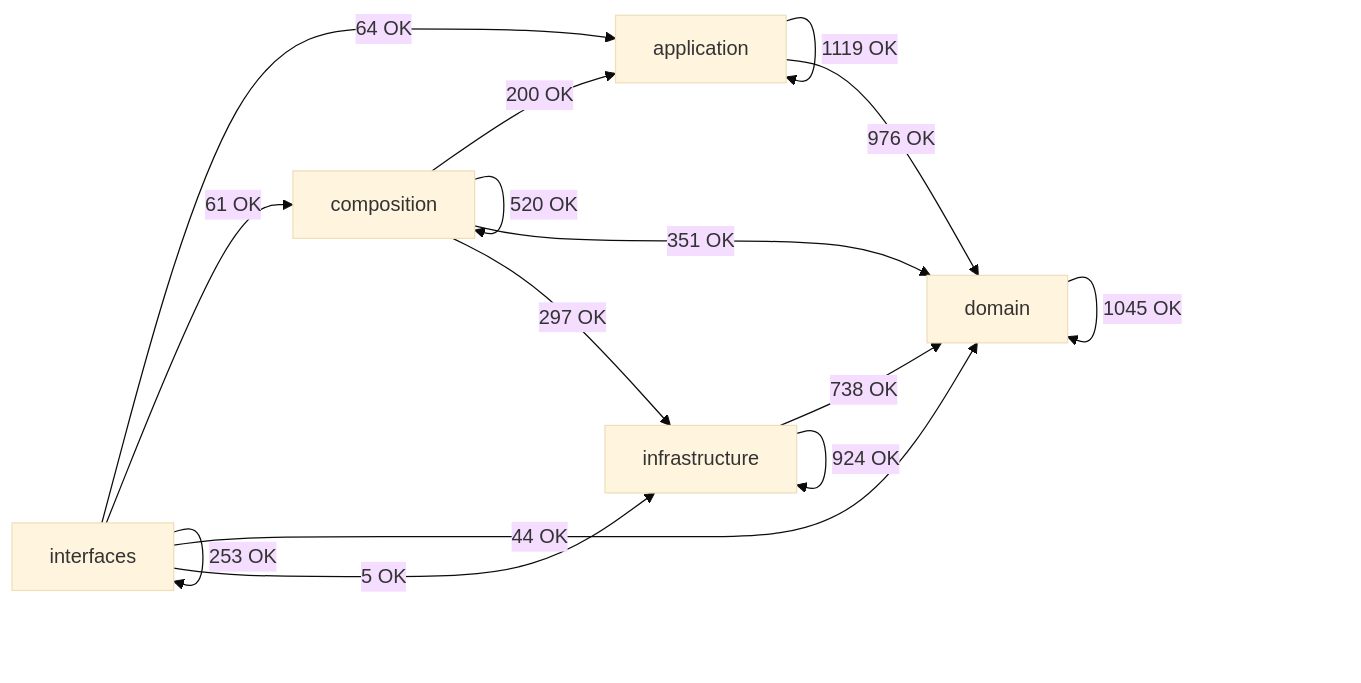
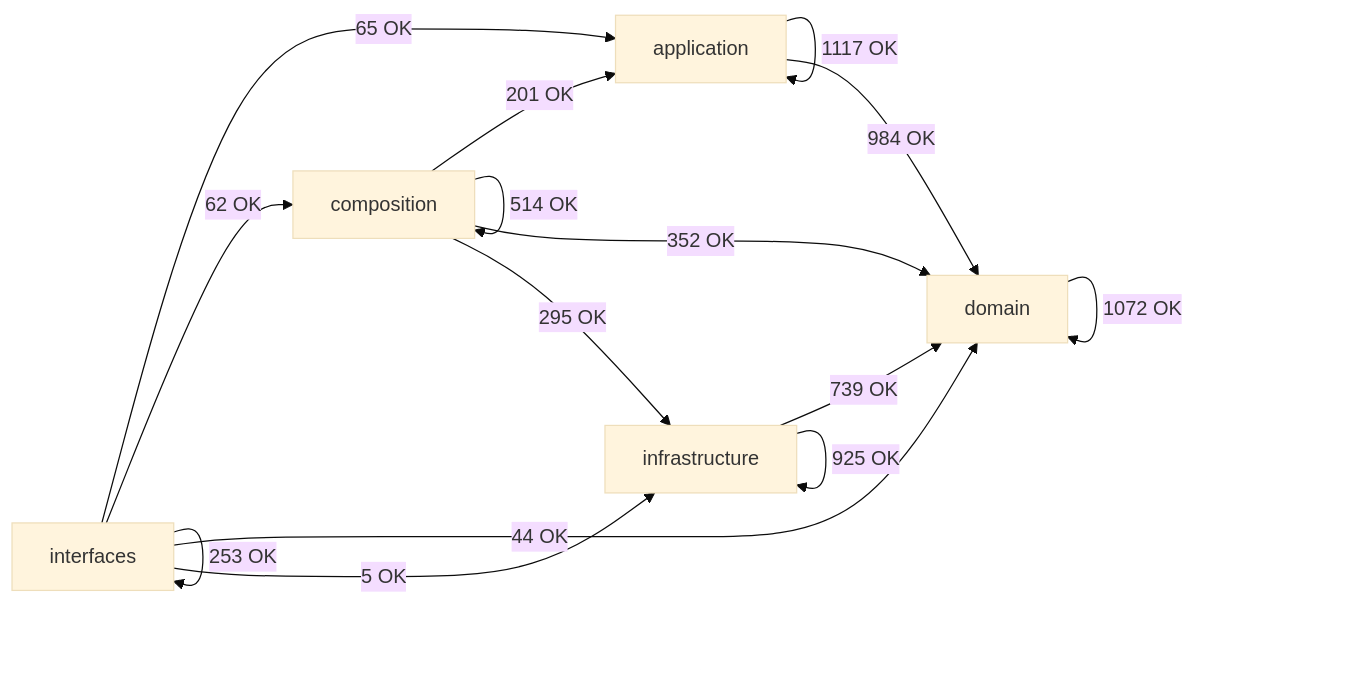
Before and after one commit to SatoryKono/BioactivityDataAcquisition: the diagram in docs/02-architecture/generated/module-dependency-map.md, drawn with Mermaid (base theme). The commit also changed other lines of this file and 102 other files, not shown here.

````diff
--- a/docs/02-architecture/generated/module-dependency-map.md
+++ b/docs/02-architecture/generated/module-dependency-map.md
@@ -17,22 +17,22 @@
 ```mermaid
 flowchart LR
     domain[domain]
     application[application]
     infrastructure[infrastructure]
     composition[composition]
     interfaces[interfaces]
-    application -->|1119 OK| application
-    application -->|976 OK| domain
-    composition -->|200 OK| application
-    composition -->|520 OK| composition
-    composition -->|351 OK| domain
-    composition -->|297 OK| infrastructure
-    domain -->|1045 OK| domain
-    infrastructure -->|738 OK| domain
-    infrastructure -->|924 OK| infrastructure
-    interfaces -->|64 OK| application
-    interfaces -->|61 OK| composition
+    application -->|1117 OK| application
+    application -->|984 OK| domain
+    composition -->|201 OK| application
+    composition -->|514 OK| composition
+    composition -->|352 OK| domain
+    composition -->|295 OK| infrastructure
+    domain -->|1072 OK| domain
+    infrastructure -->|739 OK| domain
+    infrastructure -->|925 OK| infrastructure
+    interfaces -->|65 OK| application
+    interfaces -->|62 OK| composition
     interfaces -->|44 OK| domain
     interfaces -->|5 OK| infrastructure
     interfaces -->|253 OK| interfaces
 ```
````
